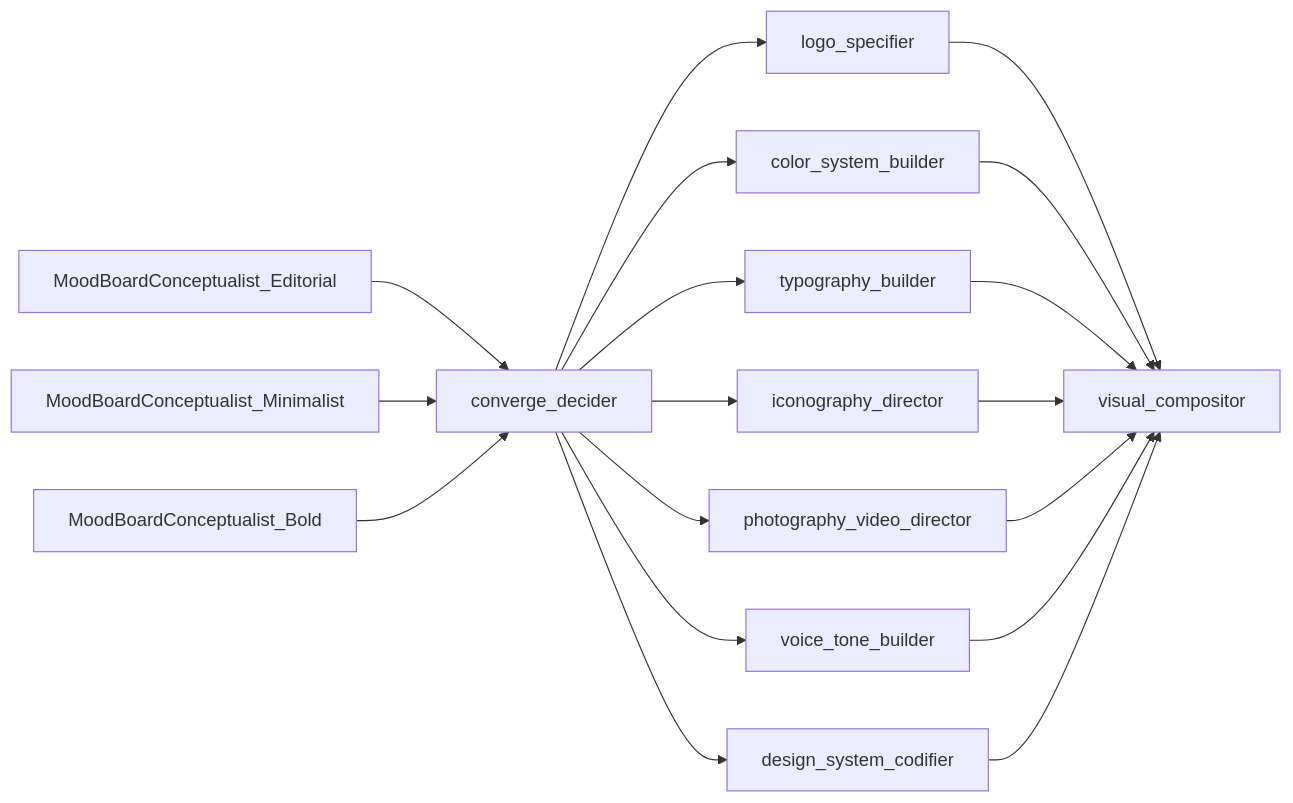
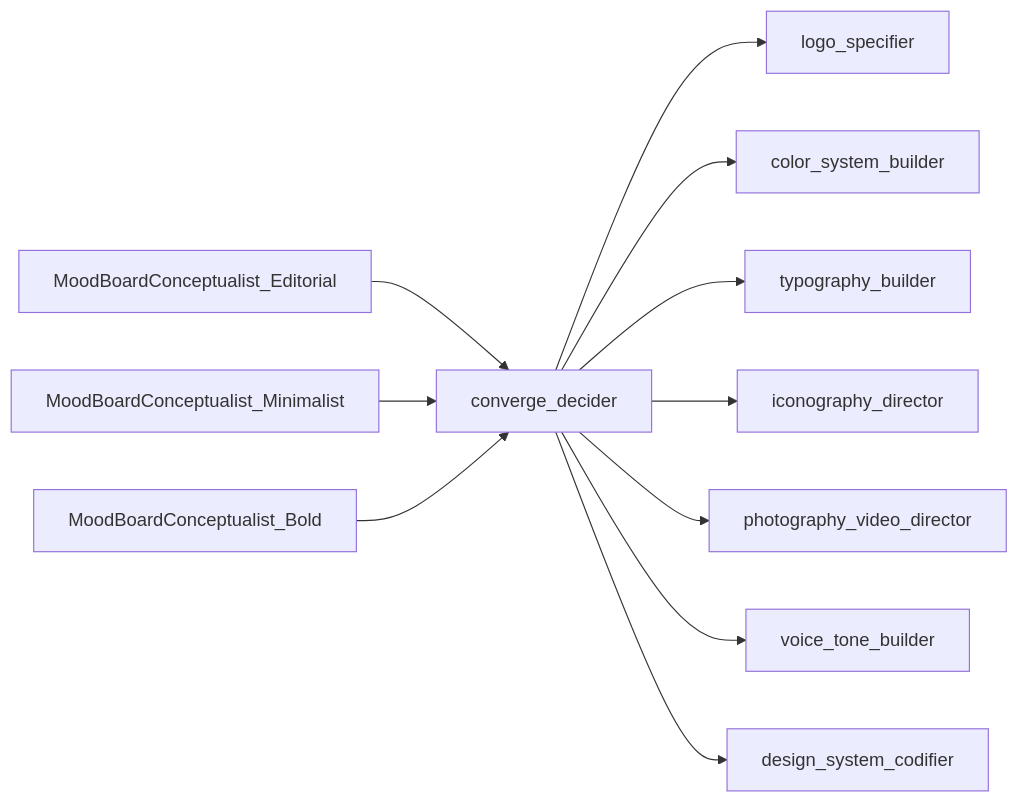
The second of 3 diagrams in backend/agents/branding_team/README.md (brandonkindred/Khala-Agentic-AI-Teams), drawn with Mermaid before and after one commit. The commit also changed other lines of this file and 12 other files, not shown here.

First line of the commit message:
Merge Phase 3 visual identity fragments in Python, remove visual_compositor (#6649)

````diff
--- a/backend/agents/branding_team/README.md
+++ b/backend/agents/branding_team/README.md
@@ -117,20 +117,13 @@
 ```mermaid
 flowchart LR
     ed[MoodBoardConceptualist_Editorial] --> converge[converge_decider]
     min[MoodBoardConceptualist_Minimalist] --> converge
     bold[MoodBoardConceptualist_Bold] --> converge
     converge --> logo[logo_specifier]
     converge --> color[color_system_builder]
     converge --> typo[typography_builder]
     converge --> icon[iconography_director]
     converge --> photo[photography_video_director]
     converge --> voice[voice_tone_builder]
     converge --> design[design_system_codifier]
-    logo --> compositor[visual_compositor]
-    color --> compositor
-    typo --> compositor
-    icon --> compositor
-    photo --> compositor
-    voice --> compositor
-    design --> compositor
 ```
````
